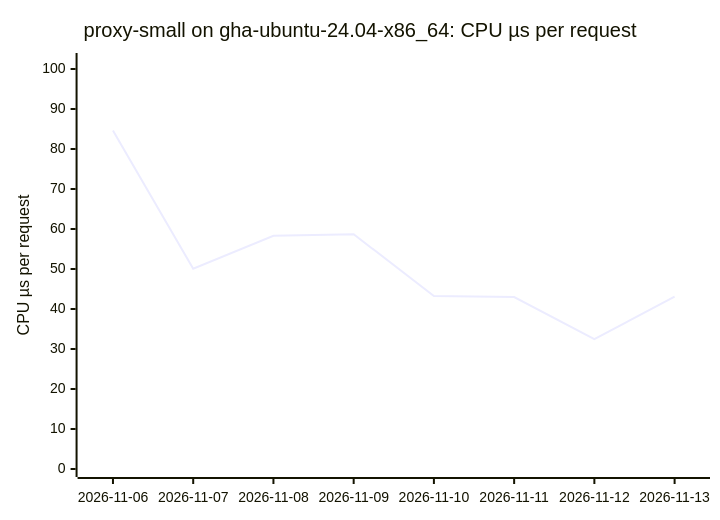
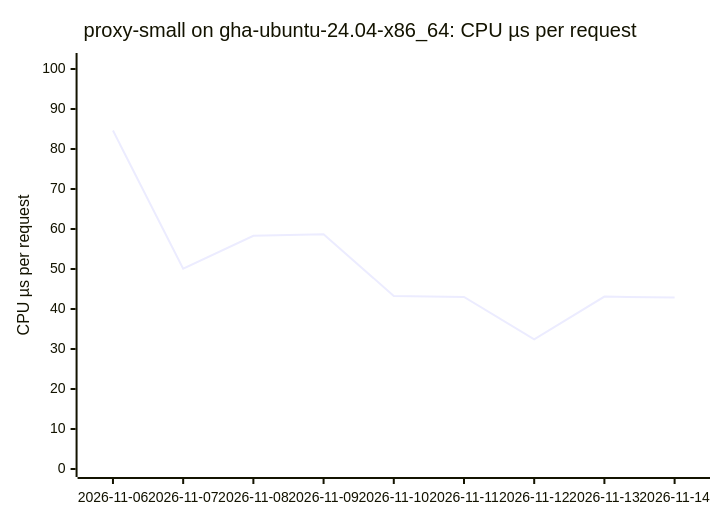
The fourth of 18 diagrams in BENCHMARKS.md (ThePixelPilgrim/durchlauferhitzer), drawn with Mermaid before and after one commit. The commit also changed other lines of this file and 1 other file, not shown here.

````diff
--- a/BENCHMARKS.md
+++ b/BENCHMARKS.md
@@ -56,7 +56,7 @@
 ```mermaid
 xychart-beta
   title "proxy-small on gha-ubuntu-24.04-x86_64: CPU µs per request"
-  x-axis ["2026-11-06", "2026-11-07", "2026-11-08", "2026-11-09", "2026-11-10", "2026-11-11", "2026-11-12", "2026-11-13"]
+  x-axis ["2026-11-06", "2026-11-07", "2026-11-08", "2026-11-09", "2026-11-10", "2026-11-11", "2026-11-12", "2026-11-13", "2026-11-14"]
   y-axis "CPU µs per request" 0 --> 102
-  line [84.61, 50.09, 58.29, 58.68, 43.27, 43.00, 32.44, 43.10]
+  line [84.61, 50.09, 58.29, 58.68, 43.27, 43.00, 32.44, 43.10, 42.86]
 ```
````
